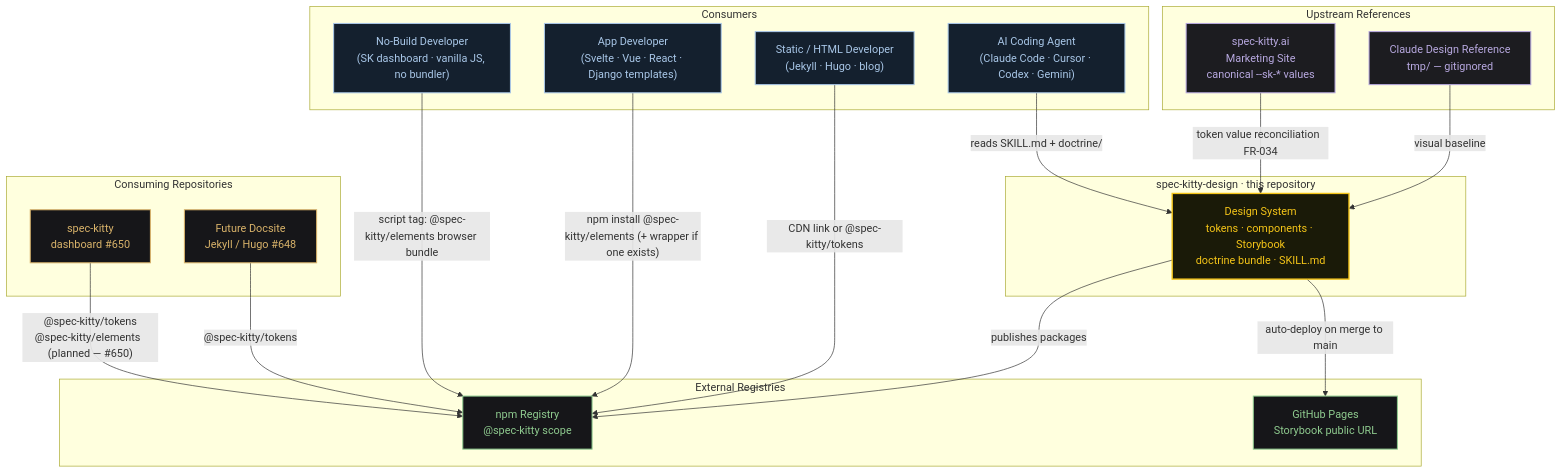
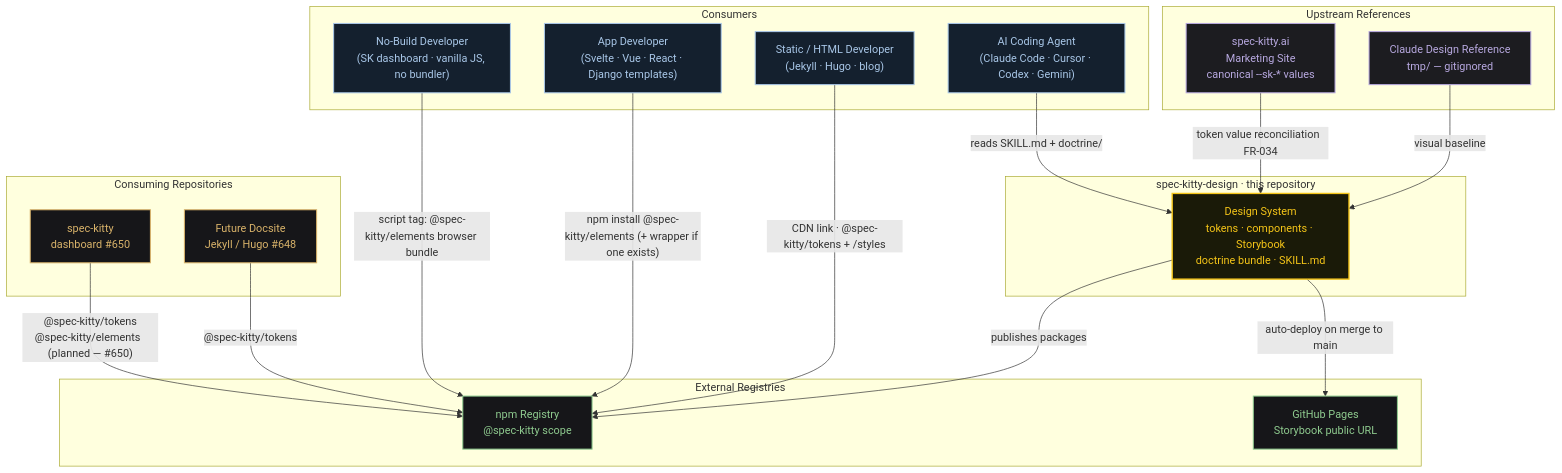
Before and after one commit to spec-kitty/spec-kitty-design: the diagram in docs/architecture/assets/c4-l1-system-context.mmd, drawn with Mermaid. The commit also changed 5 other files, not shown here.

```diff
--- a/docs/architecture/assets/c4-l1-system-context.mmd
+++ b/docs/architecture/assets/c4-l1-system-context.mmd
@@ -1,54 +1,54 @@
 %%THEME%%
 
 flowchart TB
     subgraph Consumers["Consumers"]
         nobuild_dev["No-Build Developer\n(SK dashboard · vanilla JS, no bundler)"]
         app_dev["App Developer\n(Svelte · Vue · React · Django templates)"]
         html_dev["Static / HTML Developer\n(Jekyll · Hugo · blog)"]
         agent["AI Coding Agent\n(Claude Code · Cursor · Codex · Gemini)"]
     end
 
     subgraph DS["spec-kitty-design  ·  this repository"]
         ds["Design System\ntokens · components · Storybook\ndoctrine bundle · SKILL.md"]
     end
 
     subgraph Registries["External Registries"]
         npm["npm Registry\n@spec-kitty scope"]
         pages["GitHub Pages\nStorybook public URL"]
     end
 
     subgraph Upstream["Upstream References"]
         mk["spec-kitty.ai\nMarketing Site\ncanonical --sk-* values"]
         ref["Claude Design Reference\ntmp/  —  gitignored"]
     end
 
     subgraph Downstream["Consuming Repositories"]
         sk_repo["spec-kitty\ndashboard  #650"]
         docsite["Future Docsite\nJekyll / Hugo  #648"]
     end
 
     nobuild_dev -->|"script tag: @spec-kitty/elements browser bundle"| npm
     app_dev -->|"npm install @spec-kitty/elements (+ wrapper if one exists)"| npm
-    html_dev -->|"CDN link or @spec-kitty/tokens"| npm
+    html_dev -->|"CDN link · @spec-kitty/tokens + /styles"| npm
     agent -->|"reads SKILL.md + doctrine/"| ds
 
     ds -->|"publishes packages"| npm
     ds -->|"auto-deploy on merge to main"| pages
 
     mk -->|"token value reconciliation  FR-034"| ds
     ref -->|"visual baseline"| ds
 
     sk_repo -->|"@spec-kitty/tokens\n@spec-kitty/elements  (planned — #650)"| npm
     docsite -->|"@spec-kitty/tokens"| npm
 
     classDef consumer fill:#14202E,stroke:#A9C7E8,color:#A9C7E8,stroke-width:1.5px
     classDef core fill:#1a1a08,stroke:#F5C518,color:#F5C518,stroke-width:2px
     classDef registry fill:#161619,stroke:#8FCB8F,color:#8FCB8F,stroke-width:1.5px
     classDef upstream fill:#1C1C20,stroke:#B8A9E0,color:#B8A9E0,stroke-width:1.5px
     classDef downstream fill:#161619,stroke:#D9B36A,color:#D9B36A,stroke-width:1.5px
 
     class nobuild_dev,app_dev,html_dev,agent consumer
     class ds core
     class npm,pages registry
     class mk,ref upstream
     class sk_repo,docsite downstream
```
